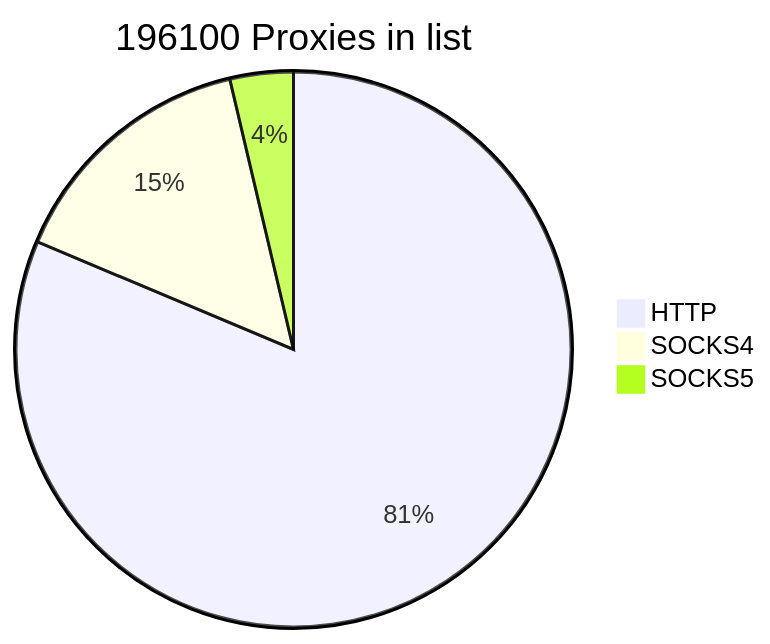
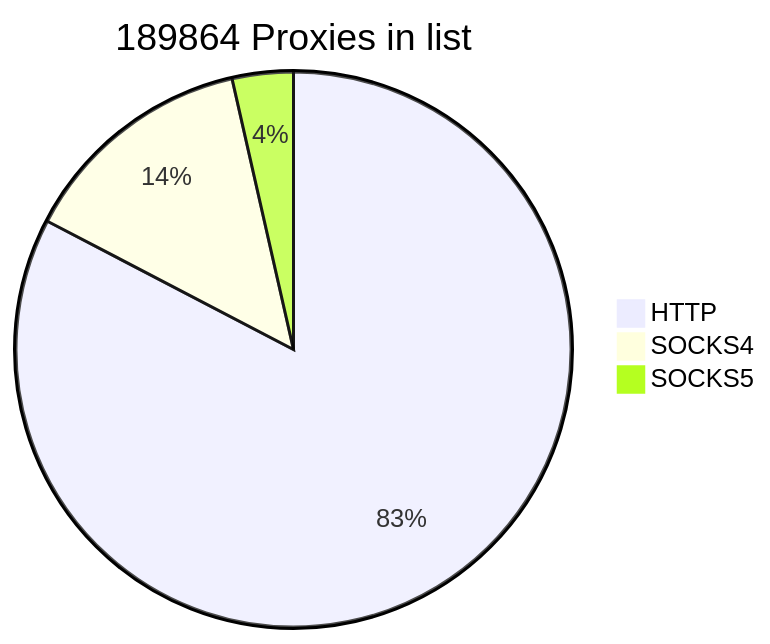
One commit to cutipu/proxylist changed the first of 2 diagrams in README.md. Above: the diagram before and after it, drawn with Mermaid. The commit also changed other lines of this file, not shown here.

````diff
--- a/README.md
+++ b/README.md
@@ -9,7 +9,7 @@
 ```mermaid
-pie title 196100 Proxies in list
-    "HTTP" : 159503
-    "SOCKS4" : 29376
-    "SOCKS5" : 7221
+pie title 189864 Proxies in list
+    "HTTP" : 156921
+    "SOCKS4" : 26200
+    "SOCKS5" : 6743
             
 ```
````
